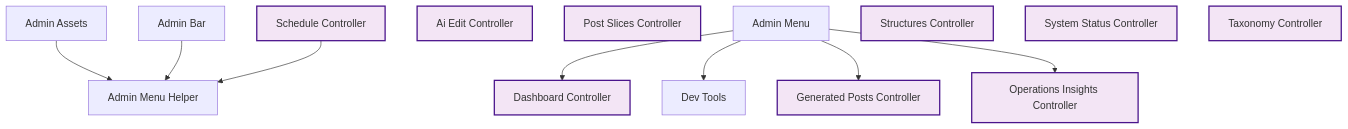
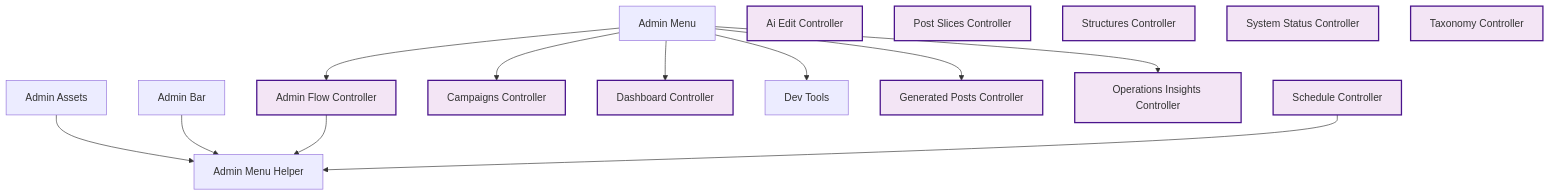
Diagram 13 of 19 in docs/feature-report.md (rpnunez/wp-ai-scheduler), drawn with Mermaid before and after one commit. The commit also changed other lines of this file and 1 other file, not shown here.

````diff
--- a/docs/feature-report.md
+++ b/docs/feature-report.md
@@ -709,32 +711,37 @@
 ```mermaid
 flowchart TD
     %% User Interface & Admin Architecture
 
     Admin_Assets["Admin Assets"]
     Admin_Bar["Admin Bar"]
+    Admin_Flow_Controller["Admin Flow Controller"]
     Admin_Menu_Helper["Admin Menu Helper"]
     Admin_Menu["Admin Menu"]
     AI_Edit_Controller["Ai Edit Controller"]
+    Campaigns_Controller["Campaigns Controller"]
     Dashboard_Controller["Dashboard Controller"]
     Dev_Tools["Dev Tools"]
     Generated_Posts_Controller["Generated Posts Controller"]
     Operations_Insights_Controller["Operations Insights Controller"]
     Post_Slices_Controller["Post Slices Controller"]
     Schedule_Controller["Schedule Controller"]
     Structures_Controller["Structures Controller"]
     System_Status_Controller["System Status Controller"]
     Taxonomy_Controller["Taxonomy Controller"]
 
     Admin_Assets --> Admin_Menu_Helper
     Admin_Bar --> Admin_Menu_Helper
+    Admin_Flow_Controller --> Admin_Menu_Helper
+    Admin_Menu --> Admin_Flow_Controller
+    Admin_Menu --> Campaigns_Controller
     Admin_Menu --> Dashboard_Controller
     Admin_Menu --> Dev_Tools
     Admin_Menu --> Generated_Posts_Controller
     Admin_Menu --> Operations_Insights_Controller
     Schedule_Controller --> Admin_Menu_Helper
 
     classDef repository fill:#e1f5ff,stroke:#01579b,stroke-width:2px
     classDef service fill:#fff3e0,stroke:#e65100,stroke-width:2px
     classDef controller fill:#f3e5f5,stroke:#4a148c,stroke-width:2px
-    class AI_Edit_Controller,Dashboard_Controller,Generated_Posts_Controller,Operations_Insights_Controller,Post_Slices_Controller,Schedule_Controller,Structures_Controller,System_Status_Controller,Taxonomy_Controller controller
+    class Admin_Flow_Controller,AI_Edit_Controller,Campaigns_Controller,Dashboard_Controller,Generated_Posts_Controller,Operations_Insights_Controller,Post_Slices_Controller,Schedule_Controller,Structures_Controller,System_Status_Controller,Taxonomy_Controller controller
 ```
````
